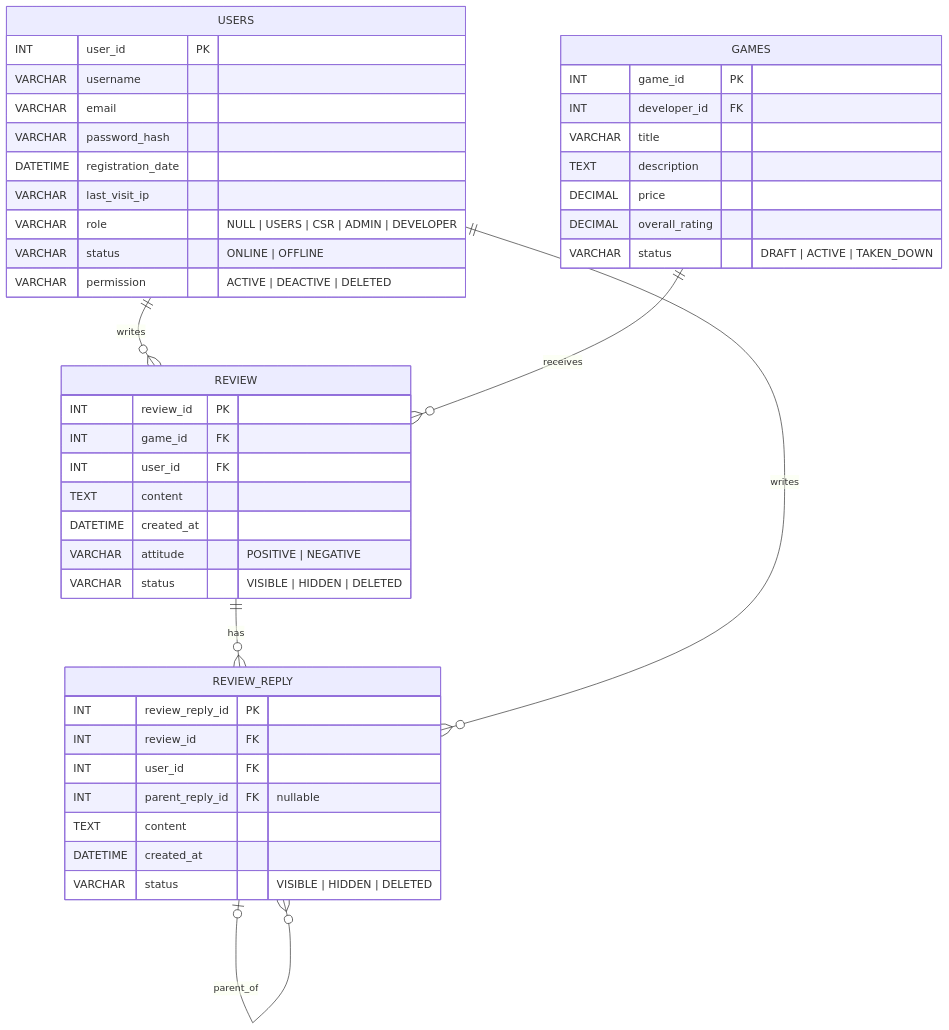
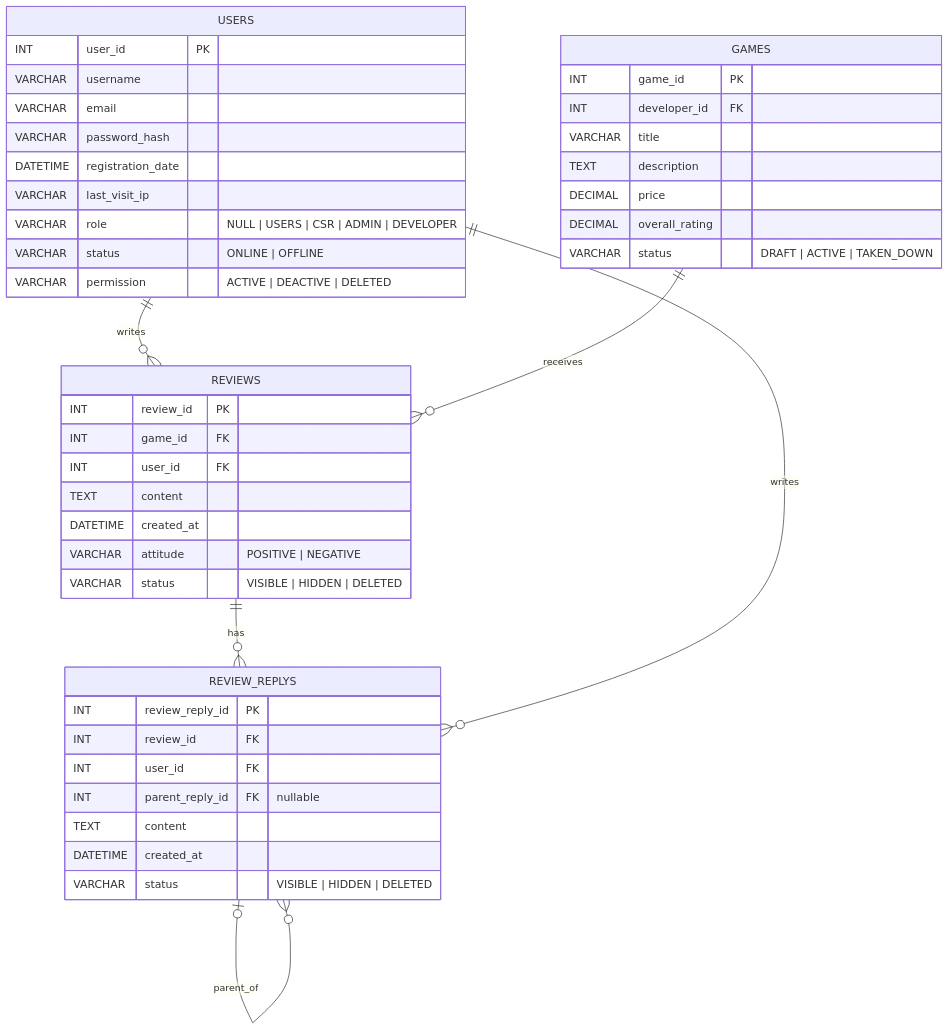
Before and after one commit to willie6666/dbms: the diagram in mermaid/mermaid_modules/08_Review_Reply.mermaid, drawn with Mermaid. The commit also changed 10 other files, not shown here.

Commit message:
feat: add entity relationship diagram for gaming platform database schema

```diff
--- a/mermaid/mermaid_modules/08_Review_Reply.mermaid
+++ b/mermaid/mermaid_modules/08_Review_Reply.mermaid
@@ -1,45 +1,45 @@
 erDiagram
     USERS {
         INT user_id PK
         VARCHAR username
         VARCHAR email
         VARCHAR password_hash
         DATETIME registration_date
         VARCHAR last_visit_ip
         VARCHAR role "NULL | USERS | CSR | ADMIN | DEVELOPER"
         VARCHAR status "ONLINE | OFFLINE"
         VARCHAR permission "ACTIVE | DEACTIVE | DELETED"
     }
     GAMES {
         INT game_id PK
         INT developer_id FK
         VARCHAR title
         TEXT description
         DECIMAL price
         DECIMAL overall_rating
         VARCHAR status "DRAFT | ACTIVE | TAKEN_DOWN"
     }
-    REVIEW {
+    REVIEWS {
         INT review_id PK
         INT game_id FK
         INT user_id FK
         TEXT content
         DATETIME created_at
         VARCHAR attitude "POSITIVE | NEGATIVE"
         VARCHAR status "VISIBLE | HIDDEN | DELETED"
     }
-    REVIEW_REPLY {
+    REVIEW_REPLYS {
         INT review_reply_id PK
         INT review_id FK
         INT user_id FK
         INT parent_reply_id FK "nullable"
         TEXT content
         DATETIME created_at
         VARCHAR status "VISIBLE | HIDDEN | DELETED"
     }
 
-    USERS ||--o{ REVIEW : writes
-    GAMES ||--o{ REVIEW : receives
-    REVIEW ||--o{ REVIEW_REPLY : has
-    USERS ||--o{ REVIEW_REPLY : writes
-    REVIEW_REPLY o|--o{ REVIEW_REPLY : parent_of
+    USERS ||--o{ REVIEWS : writes
+    GAMES ||--o{ REVIEWS : receives
+    REVIEWS ||--o{ REVIEW_REPLYS : has
+    USERS ||--o{ REVIEW_REPLYS : writes
+    REVIEW_REPLYS o|--o{ REVIEW_REPLYS : parent_of
```
